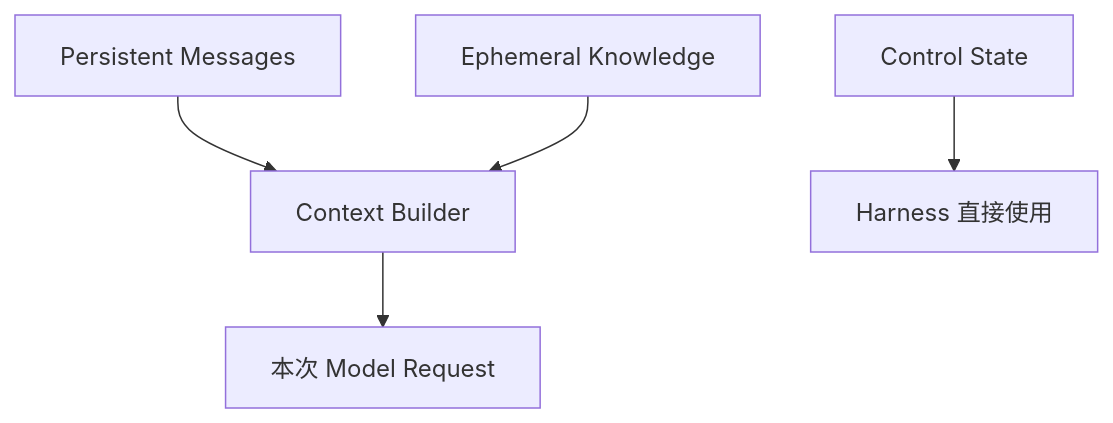
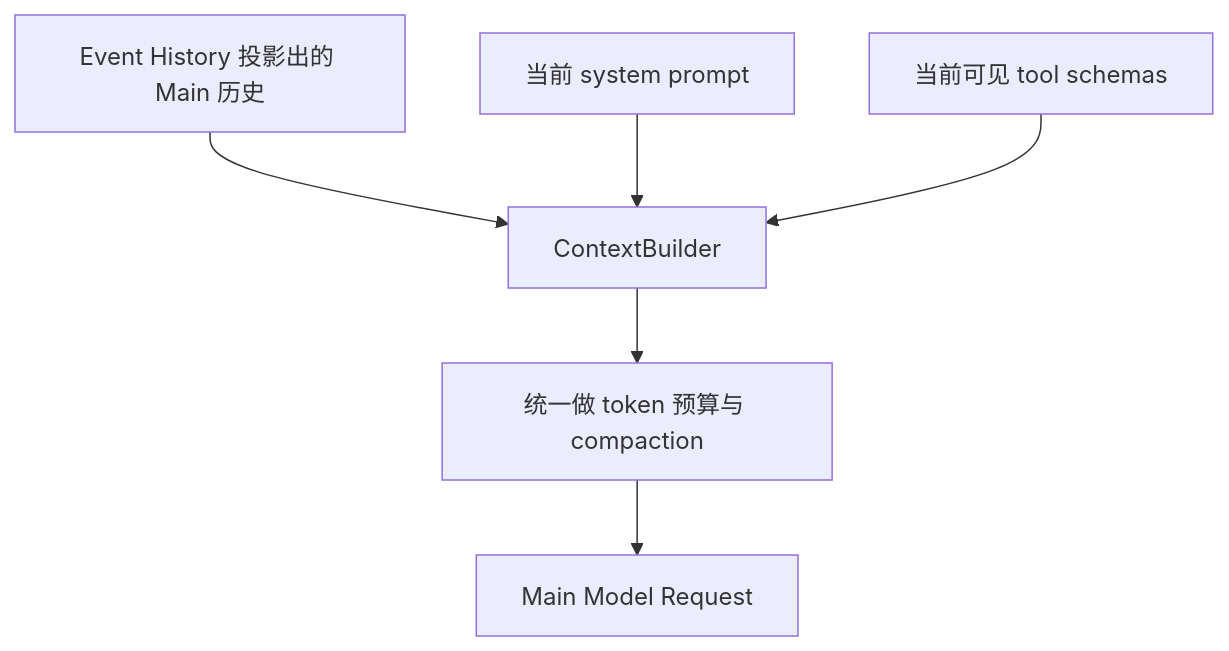
One commit to Arthur999459up/GitAgent changed the fourth of 18 diagrams in docs/10-context-governance-and-read-state.md. Above: the diagram before and after it, drawn with Mermaid. The commit also changed other lines of this file and 3 other files, not shown here.

````diff
--- a/docs/10-context-governance-and-read-state.md
+++ b/docs/10-context-governance-and-read-state.md
@@ -13,7 +141,8 @@
 ```mermaid
 flowchart TD
-    P[Persistent Messages] --> B[Context Builder]
-    C[Control State] --> H[Harness 直接使用]
-    E[Ephemeral Knowledge] --> B
-    B --> M[本次 Model Request]
+    H[Event History 投影出的 Main 历史] --> B[ContextBuilder]
+    S[当前 system prompt] --> B
+    T[当前可见 tool schemas] --> B
+    B --> C[统一做 token 预算与 compaction]
+    C --> M[Main Model Request]
 ```
````
